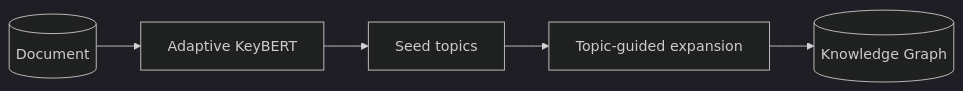
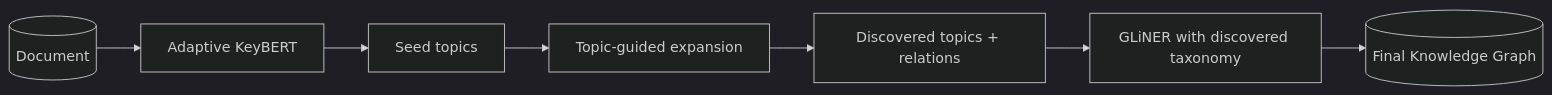
The diagram in docs/approaches/adaptive_keybert_gliner.md (AlbertoVilla87/kgraph), drawn with Mermaid (dark theme) before and after one commit. The commit also changed other lines of this file and 7 other files, not shown here.

Commit message:
Add assembly pipeline: discovery-driven GLiNER taxonomy

````diff
--- a/docs/approaches/adaptive_keybert_gliner.md
+++ b/docs/approaches/adaptive_keybert_gliner.md
@@ -5,7 +5,9 @@
 ```mermaid
 flowchart LR
     A[(Document)] --> B[Adaptive KeyBERT]
     B --> C[Seed topics]
     C --> D[Topic-guided expansion]
-    D --> G[(Knowledge Graph)]
+    D --> E[Discovered topics + relations]
+    E --> F[GLiNER with discovered taxonomy]
+    F --> G[(Final Knowledge Graph)]
 ```
````
